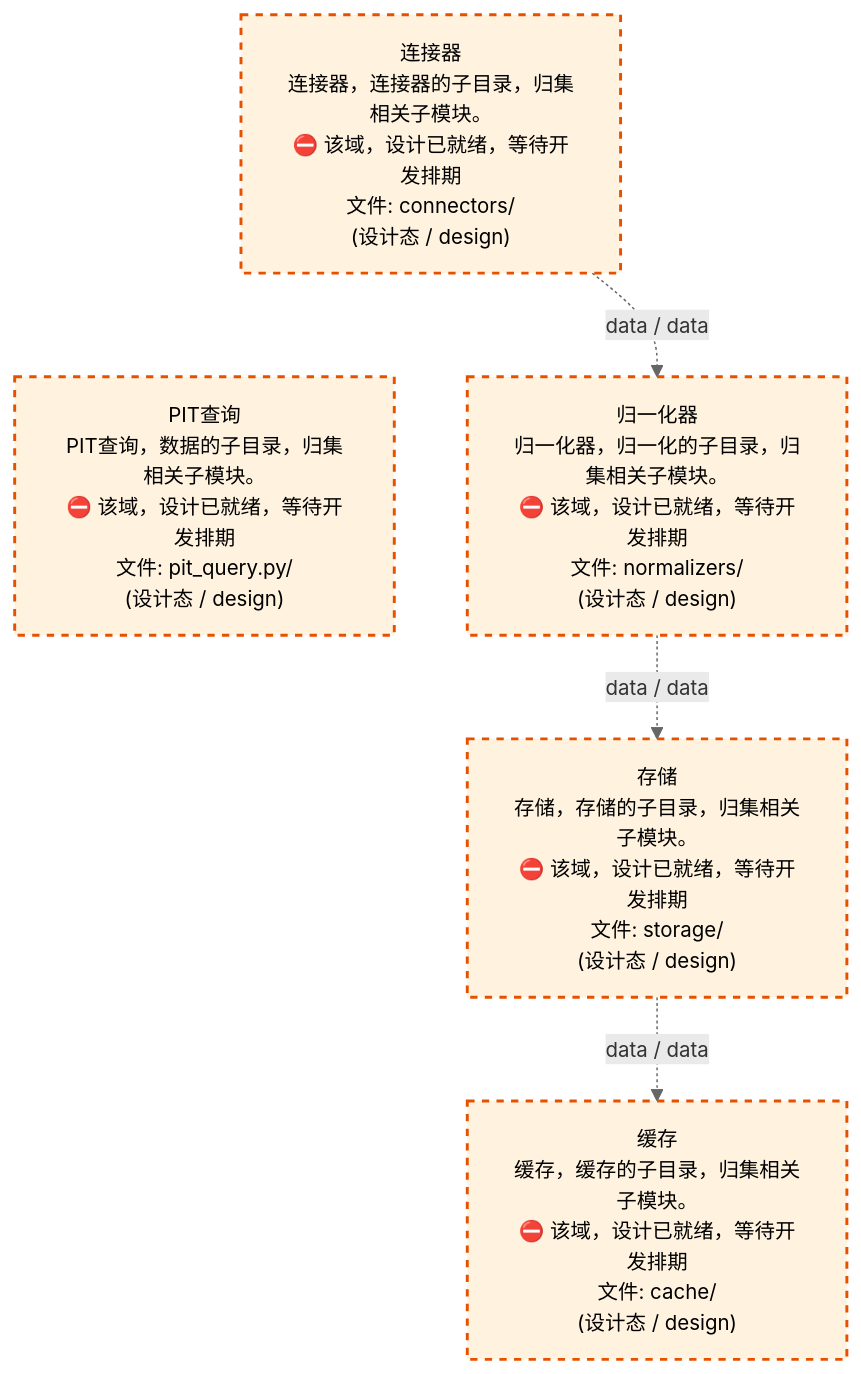
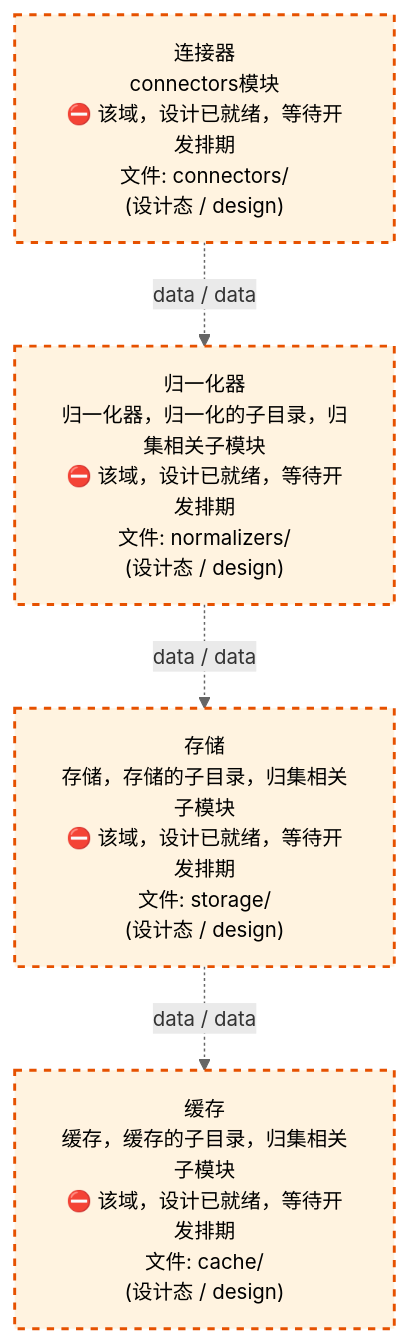
Before and after one commit to xuanFelixVan/ZephyrAlpha: the third of 4 diagrams in docs/02_enterprise_architecture/02_domain_architecture_docs/11_d_data.md, drawn with Mermaid. The commit also changed other lines of this file and 62 other files, not shown here.

````diff
--- a/docs/02_enterprise_architecture/02_domain_architecture_docs/11_d_data.md
+++ b/docs/02_enterprise_architecture/02_domain_architecture_docs/11_d_data.md
@@ -1293,18 +1290,16 @@
 ```mermaid
 %%{init: {'theme': 'base', 'themeVariables': {'primaryColor': '#eaeaea', 'primaryTextColor': '#333333', 'primaryBorderColor': '#666666', 'lineColor': '#666666', 'secondaryColor': '#eaeaea', 'tertiaryColor': '#eaeaea', 'fontSize': '14px'}}}%%
 flowchart TD
-    src_zephyr_data_connectors["连接器<br/>连接器，连接器的子目录，归集相关子模块。<br/>⛔ 该域，设计已就绪，等待开发排期<br/>文件: connectors/<br/>(设计态 / design)"]
-    src_zephyr_data_pit_query_py["PIT查询<br/>PIT查询，数据的子目录，归集相关子模块。<br/>⛔ 该域，设计已就绪，等待开发排期<br/>文件: pit_query.py/<br/>(设计态 / design)"]
-    src_zephyr_data_connectors ~~~ src_zephyr_data_pit_query_py
-    src_zephyr_data_normalizers["归一化器<br/>归一化器，归一化的子目录，归集相关子模块。<br/>⛔ 该域，设计已就绪，等待开发排期<br/>文件: normalizers/<br/>(设计态 / design)"]
-    src_zephyr_data_storage["存储<br/>存储，存储的子目录，归集相关子模块。<br/>⛔ 该域，设计已就绪，等待开发排期<br/>文件: storage/<br/>(设计态 / design)"]
-    src_zephyr_data_cache["缓存<br/>缓存，缓存的子目录，归集相关子模块。<br/>⛔ 该域，设计已就绪，等待开发排期<br/>文件: cache/<br/>(设计态 / design)"]
+    src_zephyr_data_connectors["连接器<br/>connectors模块<br/>⛔ 该域，设计已就绪，等待开发排期<br/>文件: connectors/<br/>(设计态 / design)"]
+    src_zephyr_data_normalizers["归一化器<br/>归一化器，归一化的子目录，归集相关子模块<br/>⛔ 该域，设计已就绪，等待开发排期<br/>文件: normalizers/<br/>(设计态 / design)"]
+    src_zephyr_data_storage["存储<br/>存储，存储的子目录，归集相关子模块<br/>⛔ 该域，设计已就绪，等待开发排期<br/>文件: storage/<br/>(设计态 / design)"]
+    src_zephyr_data_cache["缓存<br/>缓存，缓存的子目录，归集相关子模块<br/>⛔ 该域，设计已就绪，等待开发排期<br/>文件: cache/<br/>(设计态 / design)"]
     src_zephyr_data_connectors -.->|data / data| src_zephyr_data_normalizers
     src_zephyr_data_normalizers -.->|data / data| src_zephyr_data_storage
     src_zephyr_data_storage -.->|data / data| src_zephyr_data_cache
     classDef production fill:#e1f5fe,stroke:#01579b,stroke-width:2px,color:#000
     classDef design fill:#fff3e0,stroke:#e65100,stroke-width:2px,color:#000,stroke-dasharray: 5 5
     classDef external_prod fill:#e8f4fd,stroke:#0277bd,stroke-width:1px,color:#000
     classDef external_design fill:#fff8e7,stroke:#ef6c00,stroke-width:1px,color:#000,stroke-dasharray: 5 5
-    class src_zephyr_data_cache,src_zephyr_data_connectors,src_zephyr_data_normalizers,src_zephyr_data_pit_query_py,src_zephyr_data_storage design
+    class src_zephyr_data_cache,src_zephyr_data_connectors,src_zephyr_data_normalizers,src_zephyr_data_storage design
 ```
````
